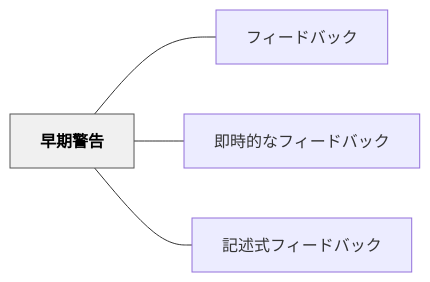
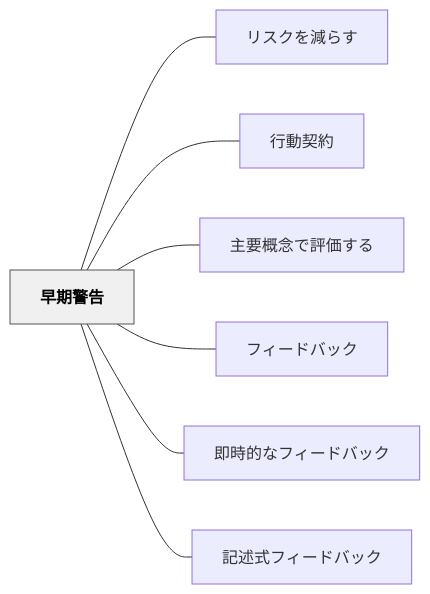
One commit to unknownthings-ed-patterns/unknownthings-ed-patterns changed the diagram in content/パタン/早期警告.md. Above: the diagram before and after it, drawn with Mermaid. The commit also changed other lines of this file and 473 other files, not shown here.

````diff
--- a/content/パタン/早期警告.md
+++ b/content/パタン/早期警告.md
@@ -92,14 +95,20 @@
 ```mermaid
 flowchart LR
     ne697a9e69c9f["早期警告"]
+    ne383aae382b9["リスクを減らす"]
+    ne8a18ce58b95["行動契約"]
+    ne4b8bbe8a681["主要概念で評価する"]
     ne38395e382a3["フィードバック"]
     ne58db3e69982["即時的なフィードバック"]
     ne8a898e8bfb0["記述式フィードバック"]
 
+    ne697a9e69c9f --- ne383aae382b9
+    ne697a9e69c9f --- ne8a18ce58b95
+    ne697a9e69c9f --- ne4b8bbe8a681
     ne697a9e69c9f --- ne38395e382a3
     ne697a9e69c9f --- ne58db3e69982
     ne697a9e69c9f --- ne8a898e8bfb0
 
     classDef hub fill:#f0f0f0,stroke:#555,color:#000,font-weight:bold
     class ne697a9e69c9f hub
 ```
````
